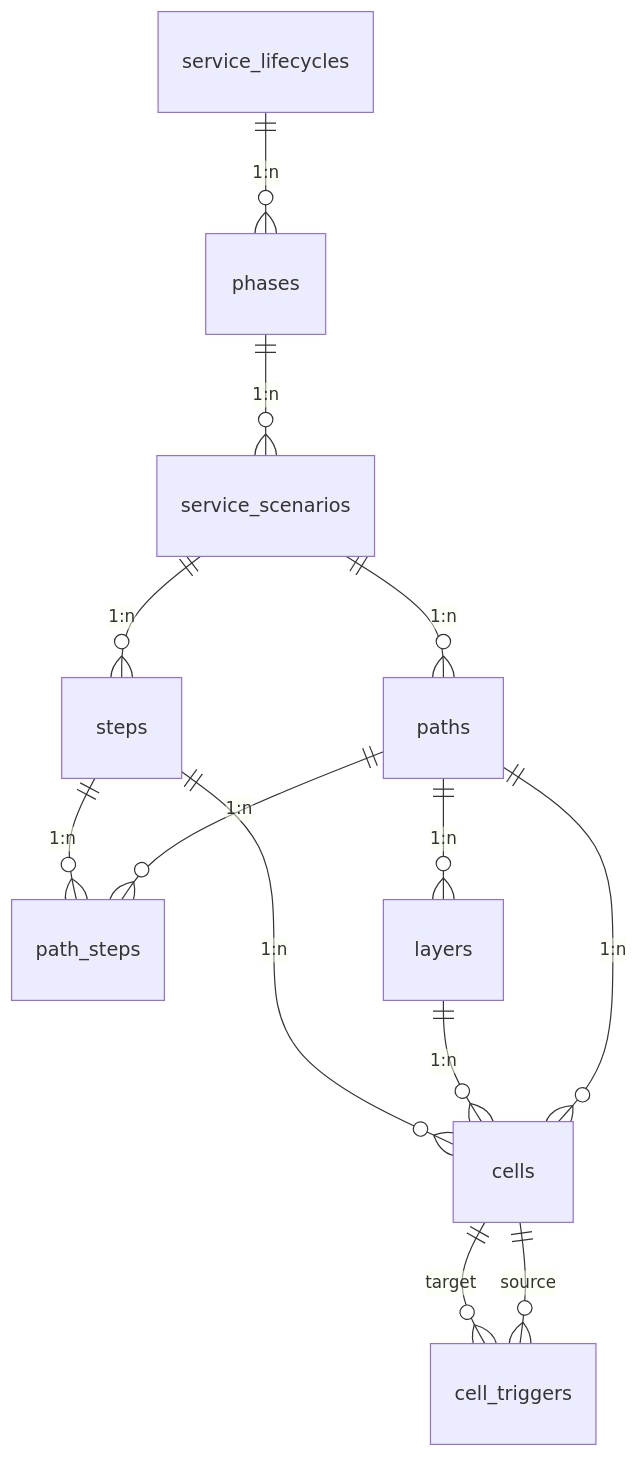
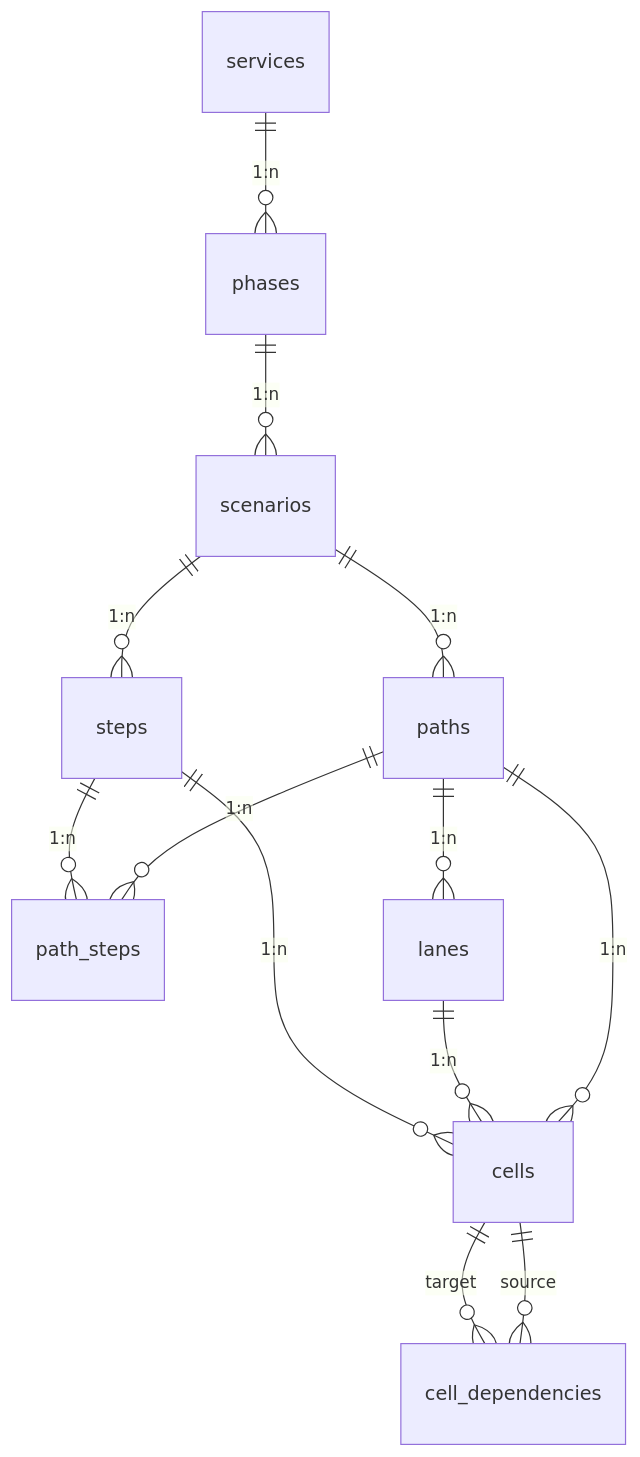
Before and after one commit to BilLogic/agentic-service-blueprinting: the diagram in supabase/DATABASE.md, drawn with Mermaid. The commit also changed other lines of this file and 239 other files, not shown here.

````diff
--- a/supabase/DATABASE.md
+++ b/supabase/DATABASE.md
@@ -27,15 +27,15 @@
 ```mermaid
 erDiagram
-  service_lifecycles ||--o{ phases : "1:n"
-  phases ||--o{ service_scenarios : "1:n"
-  service_scenarios ||--o{ paths : "1:n"
-  service_scenarios ||--o{ steps : "1:n"
+  services ||--o{ phases : "1:n"
+  phases ||--o{ scenarios : "1:n"
+  scenarios ||--o{ paths : "1:n"
+  scenarios ||--o{ steps : "1:n"
   paths ||--o{ path_steps : "1:n"
   steps ||--o{ path_steps : "1:n"
-  paths ||--o{ layers : "1:n"
+  paths ||--o{ lanes : "1:n"
   paths ||--o{ cells : "1:n"
-  layers ||--o{ cells : "1:n"
+  lanes ||--o{ cells : "1:n"
   steps ||--o{ cells : "1:n"
-  cells ||--o{ cell_triggers : "source"
-  cells ||--o{ cell_triggers : "target"
+  cells ||--o{ cell_dependencies : "source"
+  cells ||--o{ cell_dependencies : "target"
 ```
````
